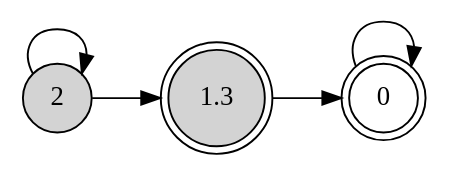
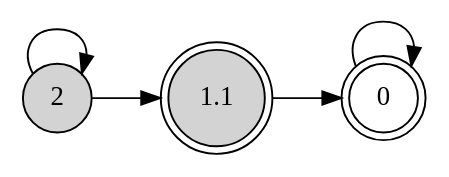
The diagram in cmake-build-debug/SBA.dot (ccisman/DAMER), drawn with Graphviz before and after one commit. The commit also changed 53 other files, not shown here.

```diff
--- a/cmake-build-debug/SBA.dot
+++ b/cmake-build-debug/SBA.dot
@@ -1,11 +1,11 @@
 digraph SBA{
 	rankdir=LR
 	0 [shape=circle,style=filled,label="2"]
-	1 [shape=doublecircle,style=filled,label="1.3"]
+	1 [shape=doublecircle,style=filled,label="1.1"]
 	2 [shape=doublecircle,label="0"]
 
 	0->0
 	0->1
 	1->2
 	2->2
 }
```
